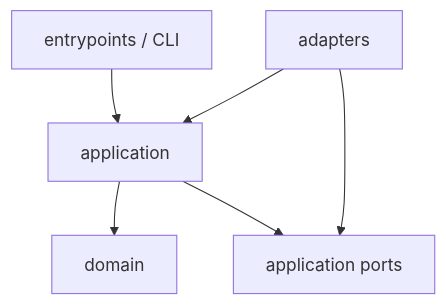
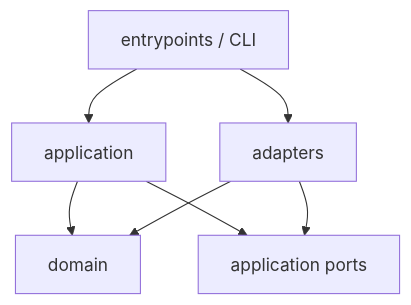
The second of 2 diagrams in docs/p0-core-internal-architecture.md (printlndarling/minekin), drawn with Mermaid before and after one commit.

Commit message:
docs: correct P0 module dependency diagram

````diff
--- a/docs/p0-core-internal-architecture.md
+++ b/docs/p0-core-internal-architecture.md
@@ -30,9 +30,9 @@
 ```mermaid
 flowchart TD
   CLI["entrypoints / CLI"] --> App["application"]
-  Adapters["adapters"] --> App
+  CLI --> Adapters["adapters"]
   App --> Domain["domain"]
-  Adapters --> Ports["application ports"]
-  App --> Ports
-  Domain
+  App --> Ports["application ports"]
+  Adapters --> Ports
+  Adapters --> Domain
 ```
````
